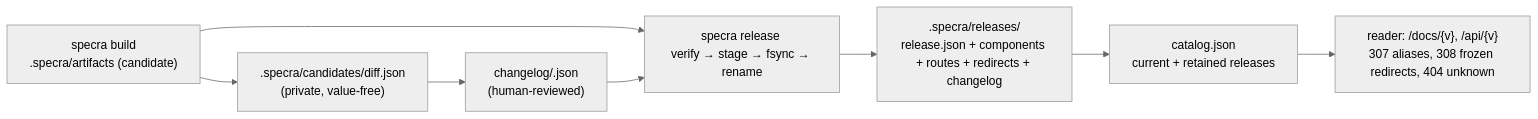
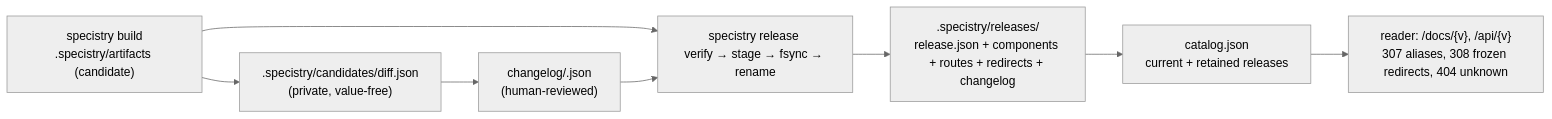
One commit to yannisyoussef/specistry changed diagram 12 of 12 in docs/architecture/README.md. Above: the diagram before and after it, drawn with Mermaid (neutral theme). The commit also changed other lines of this file and 329 other files, not shown here.

````diff
--- a/docs/architecture/README.md
+++ b/docs/architecture/README.md
@@ -286,10 +286,10 @@
 ```mermaid
 flowchart LR
-  build["specra build\n.specra/artifacts (candidate)"] --> diff[".specra/candidates/diff.json\n(private, value-free)"]
+  build["specistry build\n.specistry/artifacts (candidate)"] --> diff[".specistry/candidates/diff.json\n(private, value-free)"]
   diff --> author["changelog/<version>.json\n(human-reviewed)"]
-  build --> release["specra release <version>\nverify → stage → fsync → rename"]
+  build --> release["specistry release <version>\nverify → stage → fsync → rename"]
   author --> release
-  release --> store[".specra/releases/<version>\nrelease.json + components + routes + redirects + changelog"]
+  release --> store[".specistry/releases/<version>\nrelease.json + components + routes + redirects + changelog"]
   store --> catalog["catalog.json\ncurrent + retained releases"]
   catalog --> reader["reader: /docs/{v}, /api/{v}\n307 aliases, 308 frozen redirects, 404 unknown"]
 ```
````
